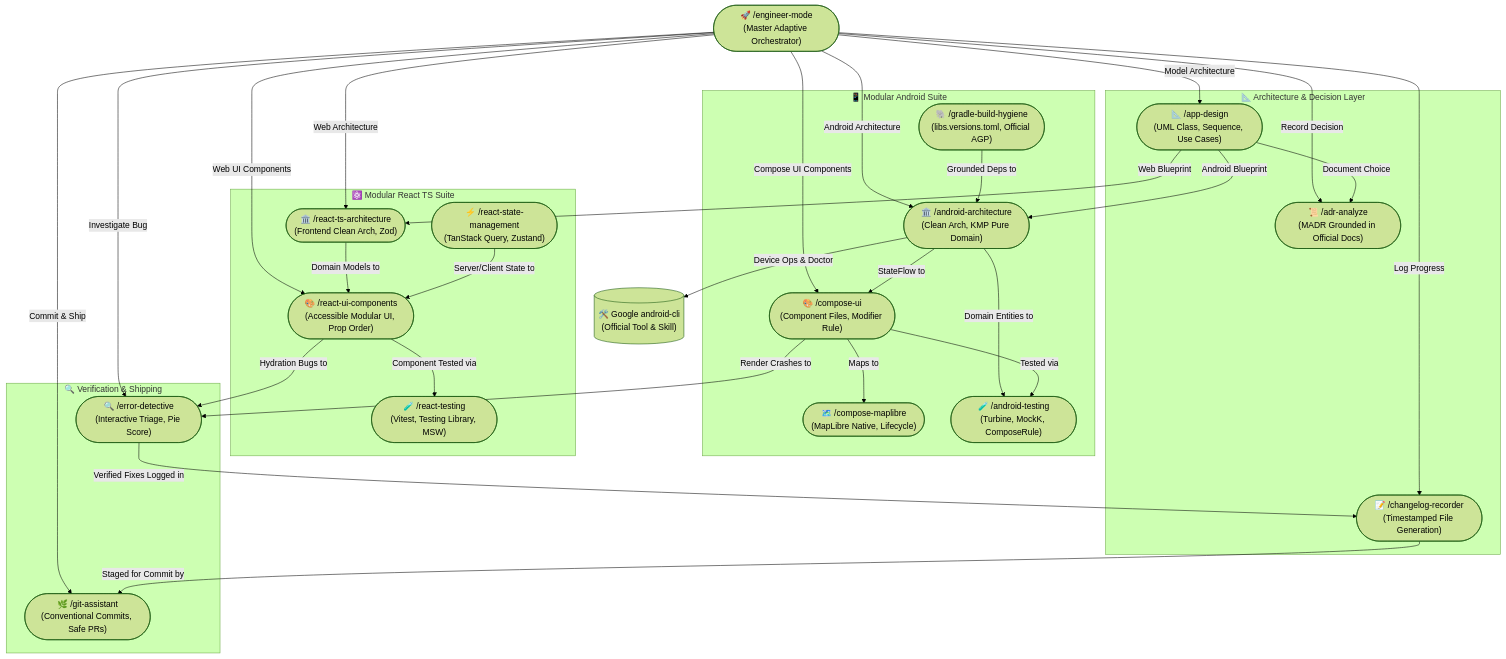
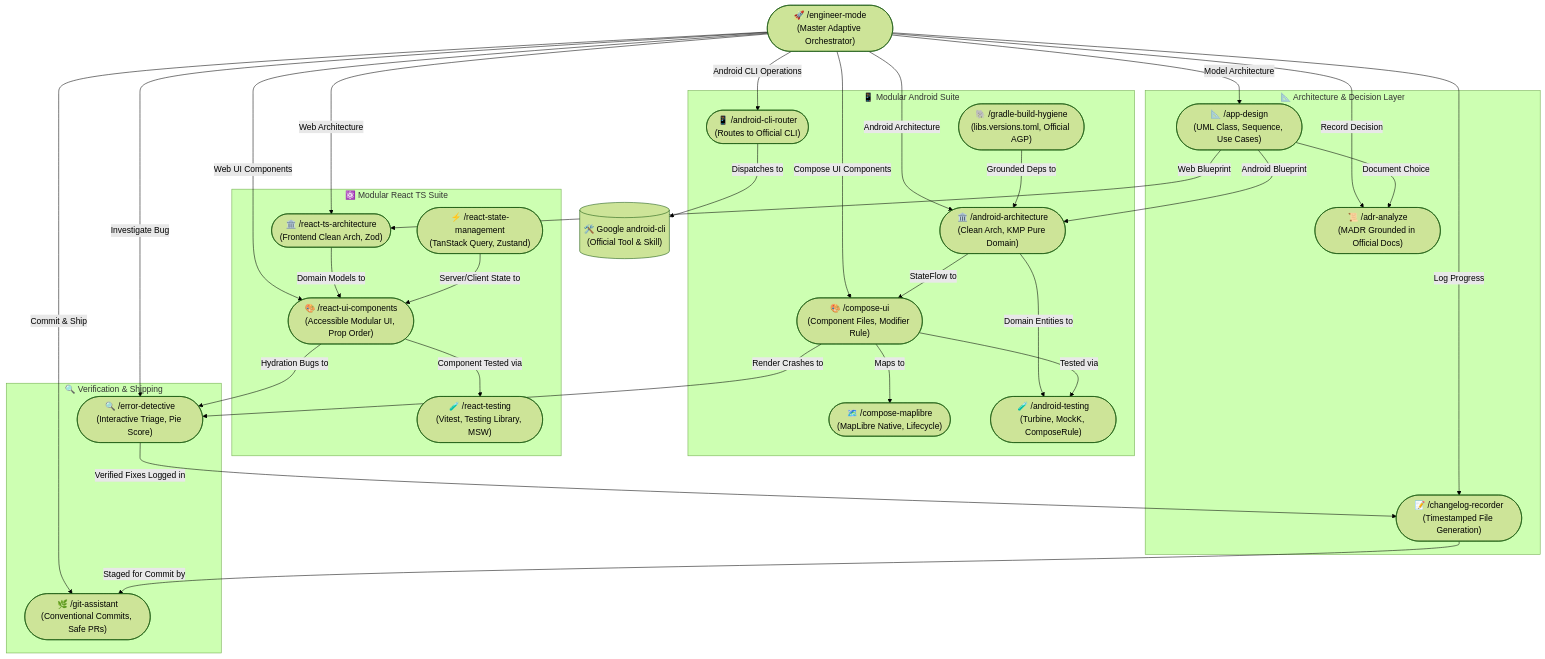
Before and after one commit to RidhwanAF/AI-Agent-Skills: the diagram in README.md, drawn with Mermaid (forest theme). The commit also changed other lines of this file and 17 other files, not shown here.

Commit message:
feat(android): rename custom skill to android-cli-router, protect official android-cli, and sync with android init

````diff
--- a/README.md
+++ b/README.md
@@ -54,64 +54,66 @@
 ```mermaid
 flowchart TD
     EM(["🚀 /engineer-mode<br/>(Master Adaptive Orchestrator)"])
 
     subgraph ArchitectureLayer ["📐 Architecture & Decision Layer"]
         AD(["📐 /app-design<br/>(UML Class, Sequence, Use Cases)"])
         ADR(["📜 /adr-analyze<br/>(MADR Grounded in Official Docs)"])
         CR(["📝 /changelog-recorder<br/>(Timestamped File Generation)"])
     end
 
     subgraph AndroidSuite ["📱 Modular Android Suite"]
         AA(["🏛️ /android-architecture<br/>(Clean Arch, KMP Pure Domain)"])
         CUI(["🎨 /compose-ui<br/>(Component Files, Modifier Rule)"])
         ML(["🗺️ /compose-maplibre<br/>(MapLibre Native, Lifecycle)"])
         AT(["🧪 /android-testing<br/>(Turbine, MockK, ComposeRule)"])
         GBH(["🐘 /gradle-build-hygiene<br/>(libs.versions.toml, Official AGP)"])
+        ACR(["📱 /android-cli-router<br/>(Routes to Official CLI)"])
     end
 
     subgraph ReactSuite ["⚛️ Modular React TS Suite"]
         RTA(["🏛️ /react-ts-architecture<br/>(Frontend Clean Arch, Zod)"])
         RUI(["🎨 /react-ui-components<br/>(Accessible Modular UI, Prop Order)"])
         RSM(["⚡ /react-state-management<br/>(TanStack Query, Zustand)"])
         RT(["🧪 /react-testing<br/>(Vitest, Testing Library, MSW)"])
     end
 
     subgraph QualityAndShipping ["🔍 Verification & Shipping"]
         ED(["🔍 /error-detective<br/>(Interactive Triage, Pie Score)"])
         GA(["🌿 /git-assistant<br/>(Conventional Commits, Safe PRs)"])
     end
 
     GoogleCLI[("🛠️ Google android-cli<br/>(Official Tool & Skill)")]
 
     %% Orchestrator connections
     EM -->|Model Architecture| AD
     EM -->|Record Decision| ADR
     EM -->|Log Progress| CR
     EM -->|Android Architecture| AA
     EM -->|Compose UI Components| CUI
+    EM -->|Android CLI Operations| ACR
     EM -->|Web Architecture| RTA
     EM -->|Web UI Components| RUI
     EM -->|Investigate Bug| ED
     EM -->|Commit & Ship| GA
 
     %% Cross-skill handoffs
     AD -->|Document Choice| ADR
     AD -->|Android Blueprint| AA
     AD -->|Web Blueprint| RTA
 
     AA -->|StateFlow to| CUI
     AA -->|Domain Entities to| AT
     CUI -->|Tested via| AT
     CUI -->|Maps to| ML
     GBH -->|Grounded Deps to| AA
-    AA -->|Device Ops & Doctor| GoogleCLI
+    ACR -->|Dispatches to| GoogleCLI
 
     RTA -->|Domain Models to| RUI
     RSM -->|Server/Client State to| RUI
     RUI -->|Component Tested via| RT
 
     CUI -->|Render Crashes to| ED
     RUI -->|Hydration Bugs to| ED
     ED -->|Verified Fixes Logged in| CR
     CR -->|Staged for Commit by| GA
 ```
````
